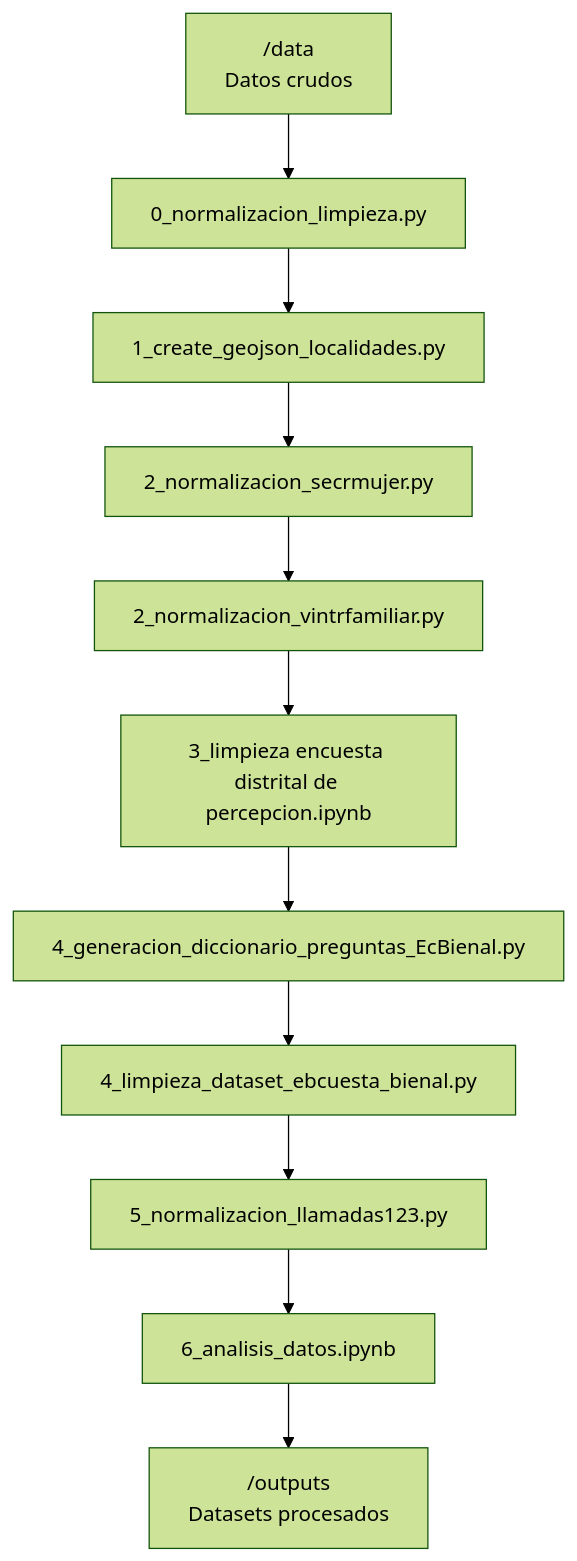
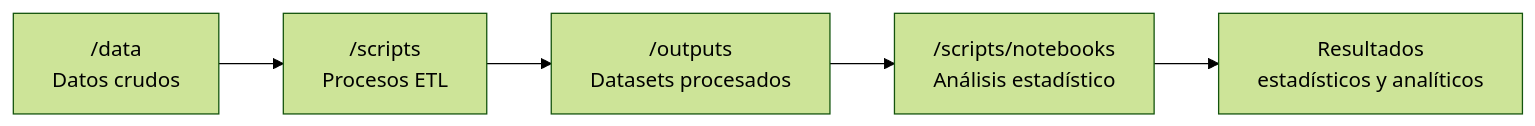
One commit to AnaTuPatrona/DataJamDistrital_Bogota2026 changed the second of 3 diagrams in README.md. Above: the diagram before and after it, drawn with Mermaid (forest theme). The commit also changed other lines of this file, not shown here.

````diff
--- a/README.md
+++ b/README.md
@@ -106,14 +110,7 @@
 ```mermaid
-flowchart TD
-    A["0_normalizacion_limpieza.py"] --> B["1_create_geojson_localidades.py"]
-    B --> C["2_normalizacion_secrmujer.py"]
-    C --> D["2_normalizacion_vintrfamiliar.py"]
-    D --> E["3_limpieza encuesta distrital de percepcion.ipynb"]
-    E --> F["4_generacion_diccionario_preguntas_EcBienal.py"]
-    F --> G["4_limpieza_dataset_ebcuesta_bienal.py"]
-    G --> H["5_normalizacion_llamadas123.py"]
-    H --> I["6_analisis_datos.ipynb"]
-
-    J["/data<br/>Datos crudos"] --> A
-    I --> K["/outputs<br/>Datasets procesados"]
+flowchart LR
+    A["/data<br/>Datos crudos"] --> B["/scripts<br/>Procesos ETL"]
+    B --> C["/outputs<br/>Datasets procesados"]
+    C --> D["/scripts/notebooks<br/>Análisis estadístico"]
+    D --> E["Resultados<br/>estadísticos y analíticos"]
 ```
````
